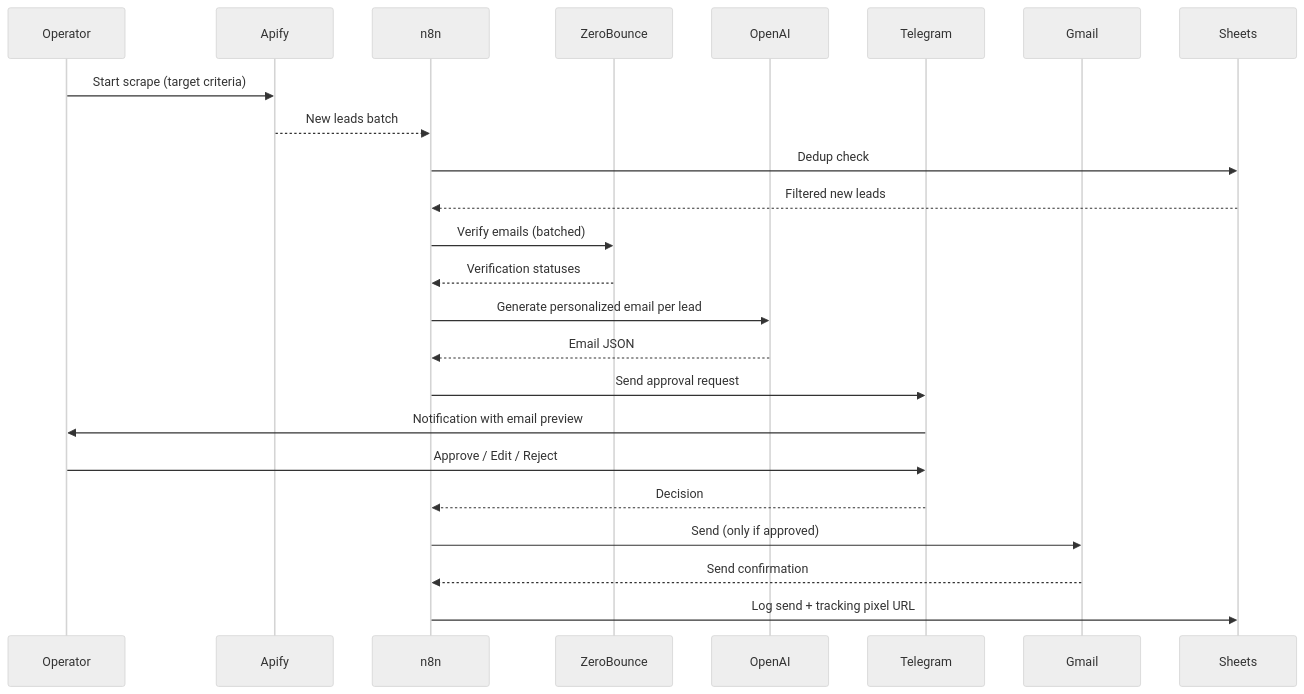
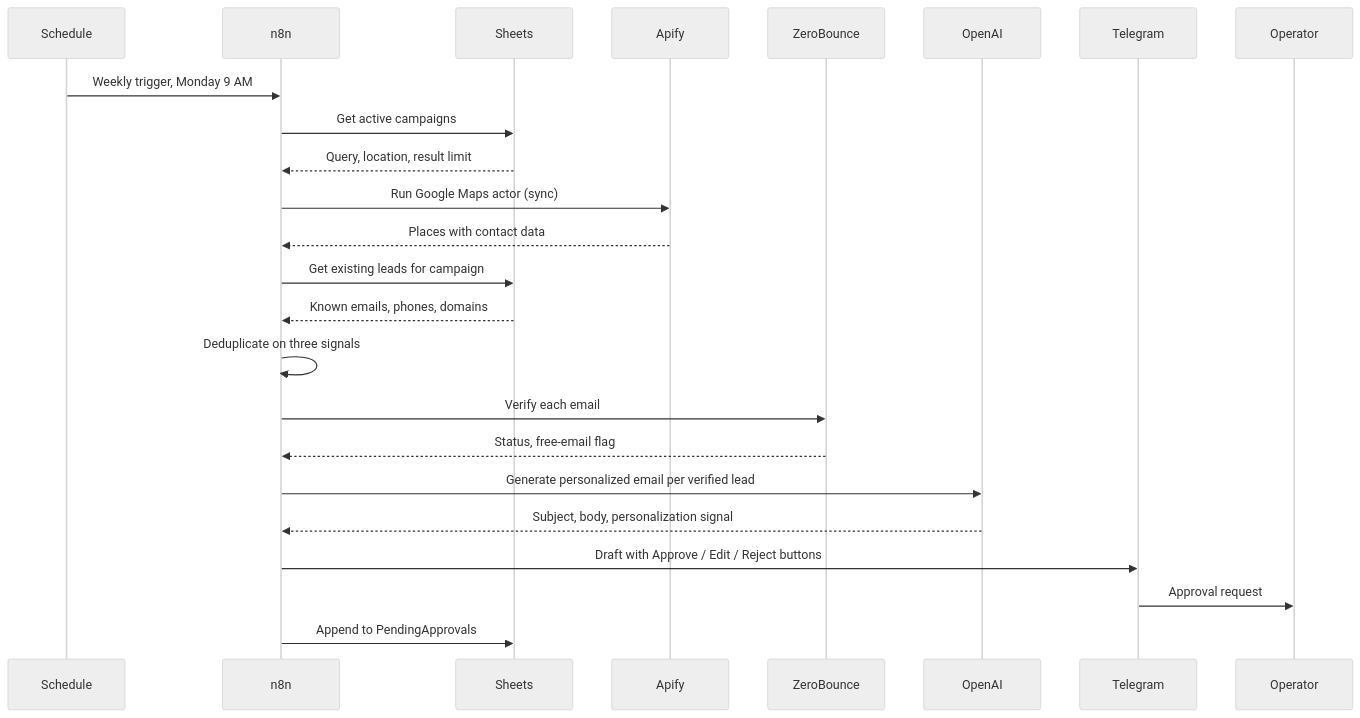
One commit to khaledabdelaziz1330-dot/Khaled-AI-Automation-Portfolio changed the third of 3 diagrams in lead-generation-system/architecture.md. Above: the diagram before and after it, drawn with Mermaid (neutral theme). The commit also changed other lines of this file and 50 other files, not shown here.

````diff
--- a/lead-generation-system/architecture.md
+++ b/lead-generation-system/architecture.md
@@ -113,27 +104,27 @@
 ```mermaid
 sequenceDiagram
-    participant Operator
+    participant Schedule
+    participant n8n
+    participant Sheets
     participant Apify
-    participant n8n
     participant ZeroBounce
     participant OpenAI
     participant Telegram
-    participant Gmail
-    participant Sheets
-    
-    Operator->>Apify: Start scrape (target criteria)
-    Apify-->>n8n: New leads batch
-    n8n->>Sheets: Dedup check
-    Sheets-->>n8n: Filtered new leads
-    n8n->>ZeroBounce: Verify emails (batched)
-    ZeroBounce-->>n8n: Verification statuses
-    n8n->>OpenAI: Generate personalized email per lead
-    OpenAI-->>n8n: Email JSON
-    n8n->>Telegram: Send approval request
-    Telegram->>Operator: Notification with email preview
-    Operator->>Telegram: Approve / Edit / Reject
-    Telegram-->>n8n: Decision
-    n8n->>Gmail: Send (only if approved)
-    Gmail-->>n8n: Send confirmation
-    n8n->>Sheets: Log send + tracking pixel URL
+    participant Operator
+
+    Schedule->>n8n: Weekly trigger, Monday 9 AM
+    n8n->>Sheets: Get active campaigns
+    Sheets-->>n8n: Query, location, result limit
+    n8n->>Apify: Run Google Maps actor (sync)
+    Apify-->>n8n: Places with contact data
+    n8n->>Sheets: Get existing leads for campaign
+    Sheets-->>n8n: Known emails, phones, domains
+    n8n->>n8n: Deduplicate on three signals
+    n8n->>ZeroBounce: Verify each email
+    ZeroBounce-->>n8n: Status, free-email flag
+    n8n->>OpenAI: Generate personalized email per verified lead
+    OpenAI-->>n8n: Subject, body, personalization signal
+    n8n->>Telegram: Draft with Approve / Edit / Reject buttons
+    Telegram->>Operator: Approval request
+    n8n->>Sheets: Append to PendingApprovals
 ```
````
